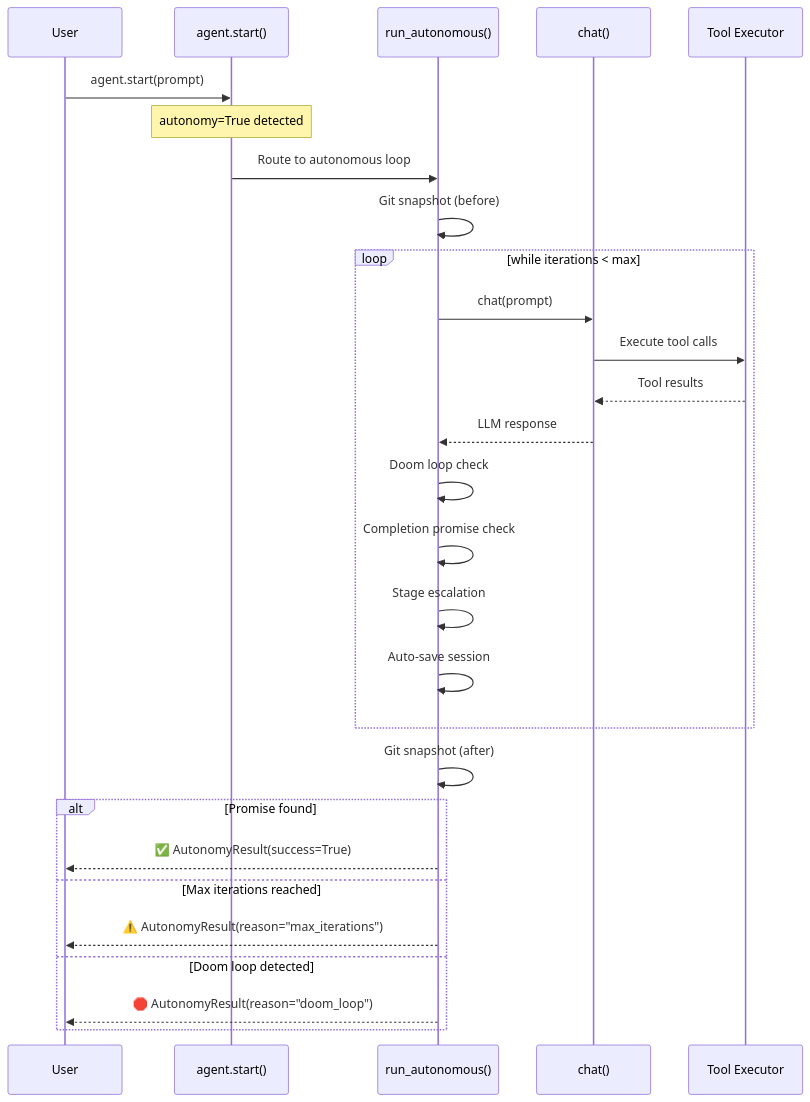
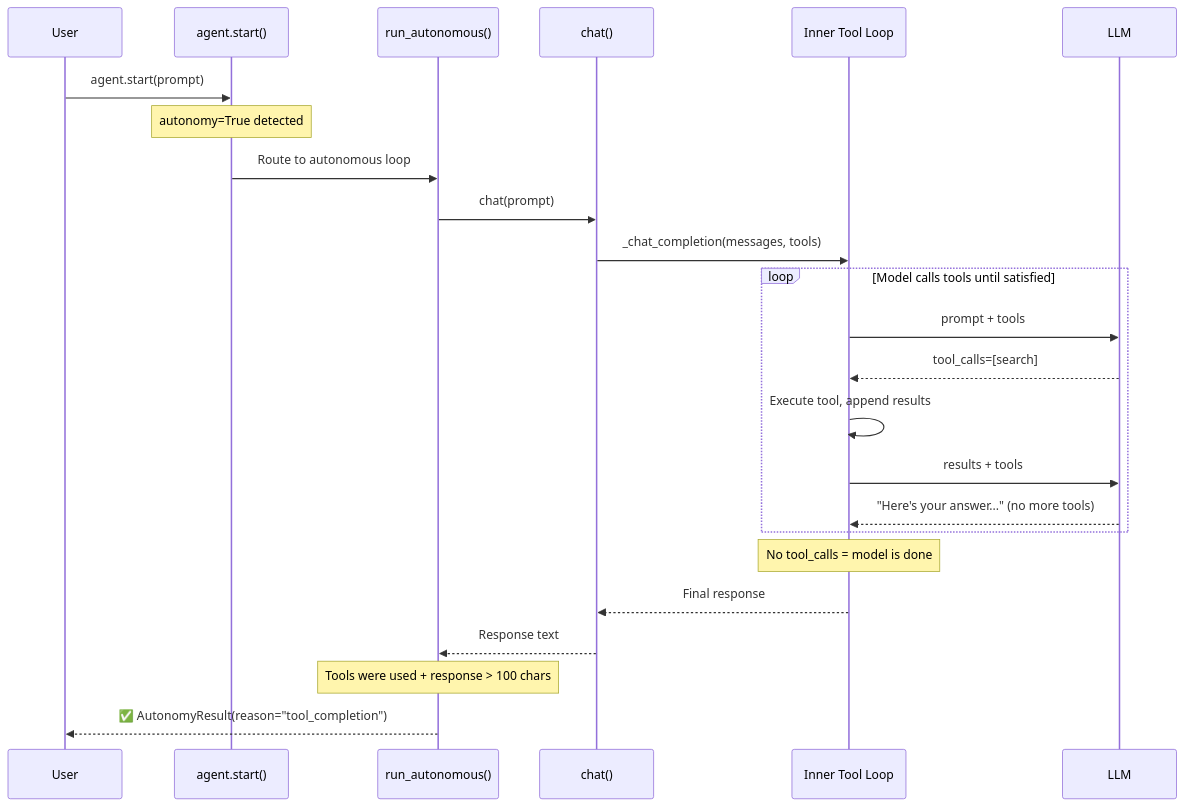
One commit to MervinPraison/PraisonAIDocs changed the second of 5 diagrams in docs/features/autonomy-loop.mdx. Above: the diagram before and after it, drawn with Mermaid. The commit also changed other lines of this file and 7 other files, not shown here.

````diff
--- a/docs/features/autonomy-loop.mdx
+++ b/docs/features/autonomy-loop.mdx
@@ -93,31 +97,29 @@
 ```mermaid
 sequenceDiagram
     participant User
     participant Agent as agent.start()
     participant Auto as run_autonomous()
     participant Chat as chat()
-    participant Tools as Tool Executor
+    participant Inner as Inner Tool Loop
+    participant LLM as LLM
 
     User->>Agent: agent.start(prompt)
     Note over Agent: autonomy=True detected
     Agent->>Auto: Route to autonomous loop
-    Auto->>Auto: Git snapshot (before)
-    loop while iterations < max
-        Auto->>Chat: chat(prompt)
-        Chat->>Tools: Execute tool calls
-        Tools-->>Chat: Tool results
-        Chat-->>Auto: LLM response
-        Auto->>Auto: Doom loop check
-        Auto->>Auto: Completion promise check
-        Auto->>Auto: Stage escalation
-        Auto->>Auto: Auto-save session
+    Auto->>Chat: chat(prompt)
+    Chat->>Inner: _chat_completion(messages, tools)
+    
+    loop Model calls tools until satisfied
+        Inner->>LLM: prompt + tools
+        LLM-->>Inner: tool_calls=[search]
+        Inner->>Inner: Execute tool, append results
+        Inner->>LLM: results + tools
+        LLM-->>Inner: "Here's your answer..." (no more tools)
     end
-    Auto->>Auto: Git snapshot (after)
-    alt Promise found
-        Auto-->>User: ✅ AutonomyResult(success=True)
-    else Max iterations reached
-        Auto-->>User: ⚠️ AutonomyResult(reason="max_iterations")
-    else Doom loop detected
-        Auto-->>User: 🛑 AutonomyResult(reason="doom_loop")
-    end
+    
+    Note over Inner: No tool_calls = model is done
+    Inner-->>Chat: Final response
+    Chat-->>Auto: Response text
+    Note over Auto: Tools were used + response > 100 chars
+    Auto-->>User: ✅ AutonomyResult(reason="tool_completion")
 ```
````
